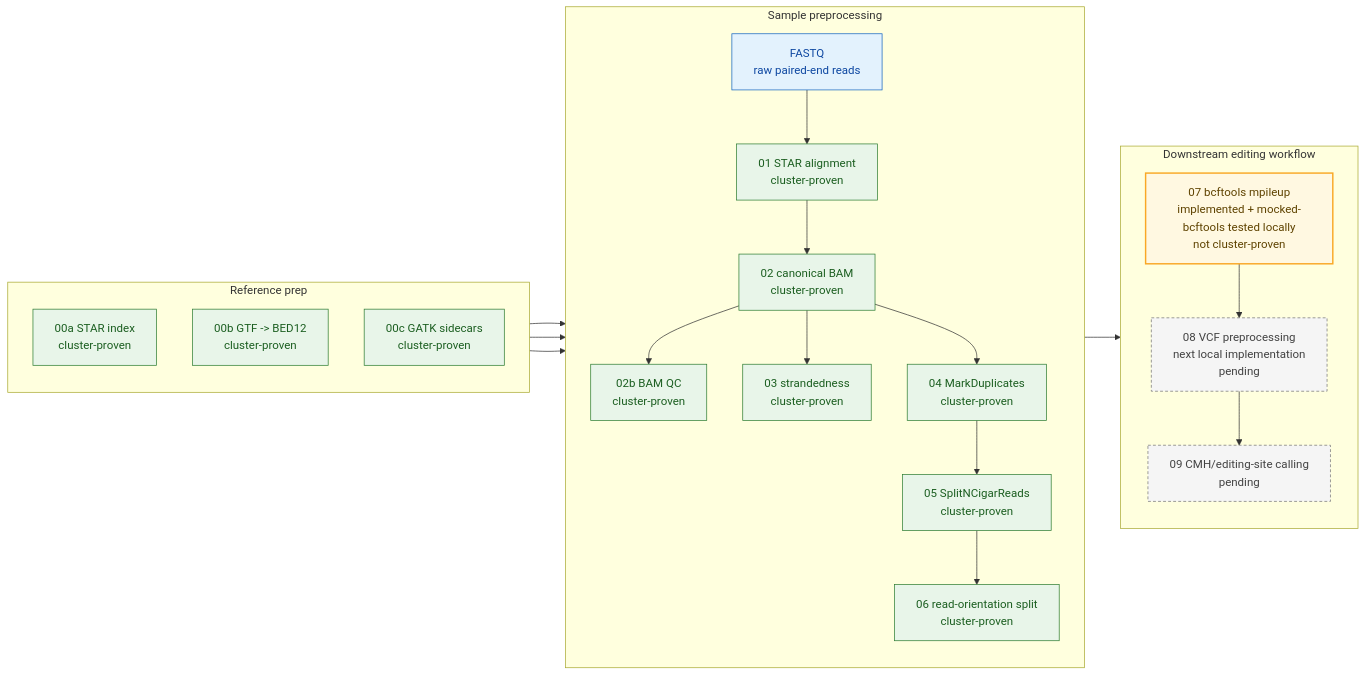
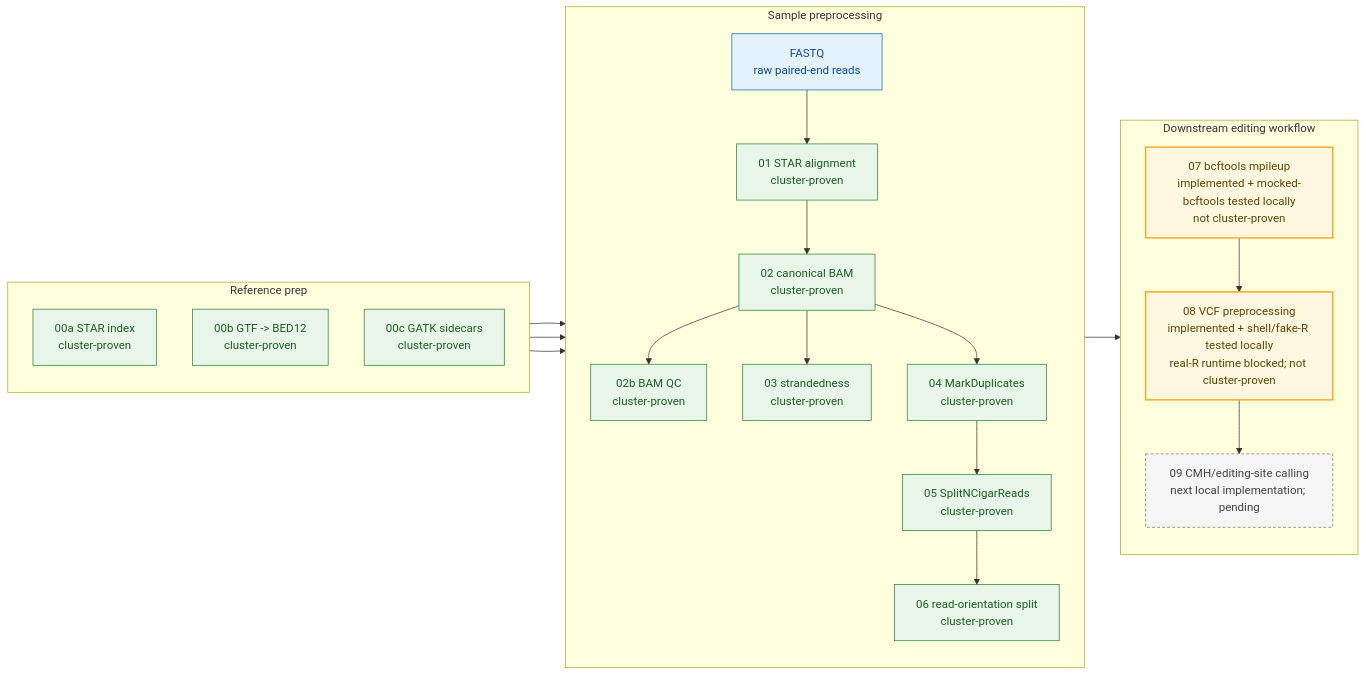
Before and after one commit to lab-cats/EMRYS: the first of 2 diagrams in docs/architecture/ARCHITECTURE.md, drawn with Mermaid. The commit also changed other lines of this file and 13 other files, not shown here.

````diff
--- a/docs/architecture/ARCHITECTURE.md
+++ b/docs/architecture/ARCHITECTURE.md
@@ -25,46 +25,46 @@
 ```mermaid
 flowchart LR
     classDef proven fill:#e8f5e9,stroke:#2e7d32,color:#1b5e20
     classDef boundary fill:#fff8e1,stroke:#f9a825,color:#5f4300,stroke-width:2px
     classDef pending fill:#f5f5f5,stroke:#757575,color:#424242,stroke-dasharray:4 3
     classDef input fill:#e3f2fd,stroke:#1565c0,color:#0d47a1
 
     subgraph ref["Reference prep"]
         direction TB
         s00a["00a STAR index<br/>cluster-proven"]
         s00b["00b GTF -> BED12<br/>cluster-proven"]
         s00c["00c GATK sidecars<br/>cluster-proven"]
     end
 
     subgraph sample["Sample preprocessing"]
         direction TB
         fastq["FASTQ<br/>raw paired-end reads"]
         s01["01 STAR alignment<br/>cluster-proven"]
         s02["02 canonical BAM<br/>cluster-proven"]
         s02b["02b BAM QC<br/>cluster-proven"]
         s03["03 strandedness<br/>cluster-proven"]
         s04["04 MarkDuplicates<br/>cluster-proven"]
         s05["05 SplitNCigarReads<br/>cluster-proven"]
         s06["06 read-orientation split<br/>cluster-proven"]
     end
 
     subgraph downstream["Downstream editing workflow"]
         direction TB
         s07["07 bcftools mpileup<br/>implemented + mocked-bcftools tested locally<br/>not cluster-proven"]
-        s08["08 VCF preprocessing<br/>next local implementation<br/>pending"]
-        s09["09 CMH/editing-site calling<br/>pending"]
+        s08["08 VCF preprocessing<br/>implemented + shell/fake-R tested locally<br/>real-R runtime blocked; not cluster-proven"]
+        s09["09 CMH/editing-site calling<br/>next local implementation; pending"]
     end
 
     fastq --> s01 --> s02
     s00a --> s01
     s00b --> s03
     s00c --> s05
     s02 --> s02b
     s02 --> s03
     s02 --> s04 --> s05 --> s06 --> s07 --> s08 --> s09
 
     class fastq input
     class s00a,s00b,s00c,s01,s02,s02b,s03,s04,s05,s06 proven
-    class s07 boundary
-    class s08,s09 pending
+    class s07,s08 boundary
+    class s09 pending
 ```
````
